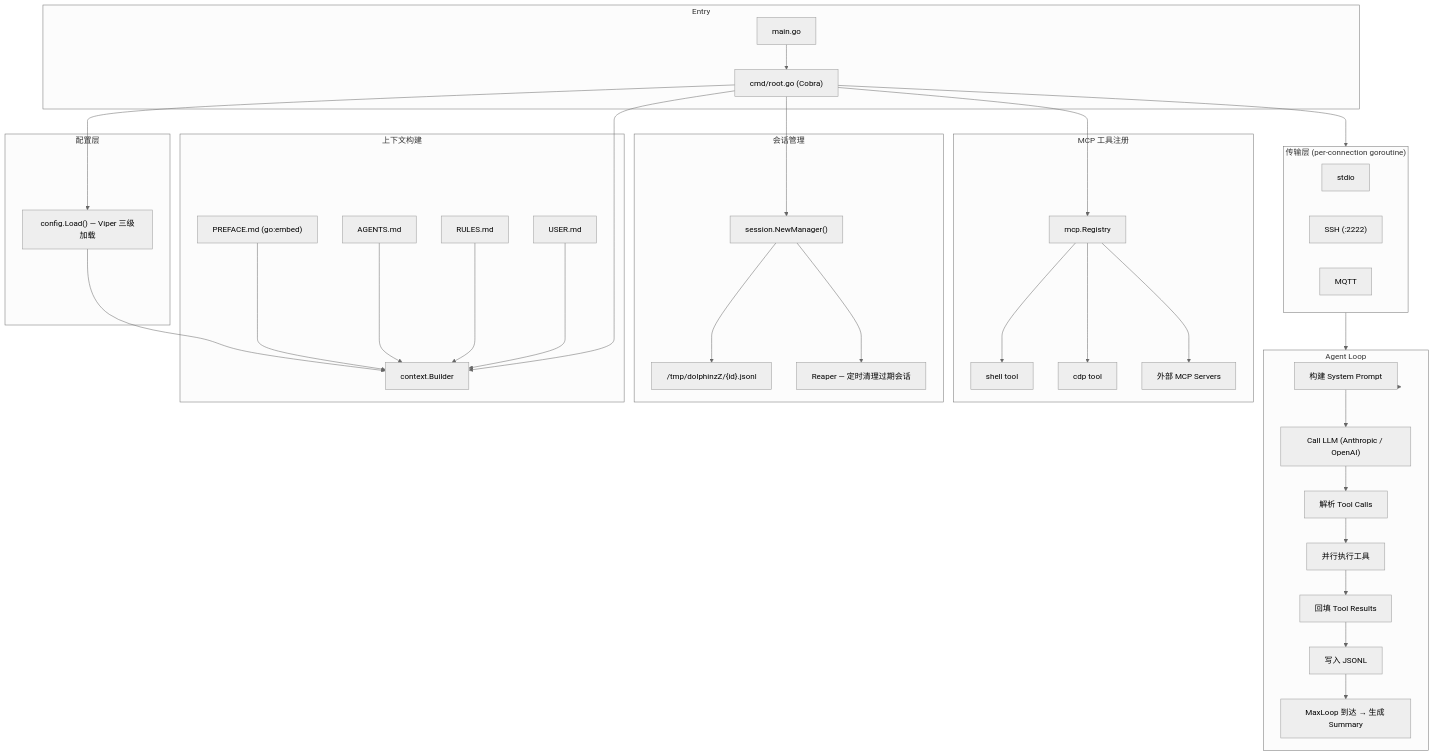
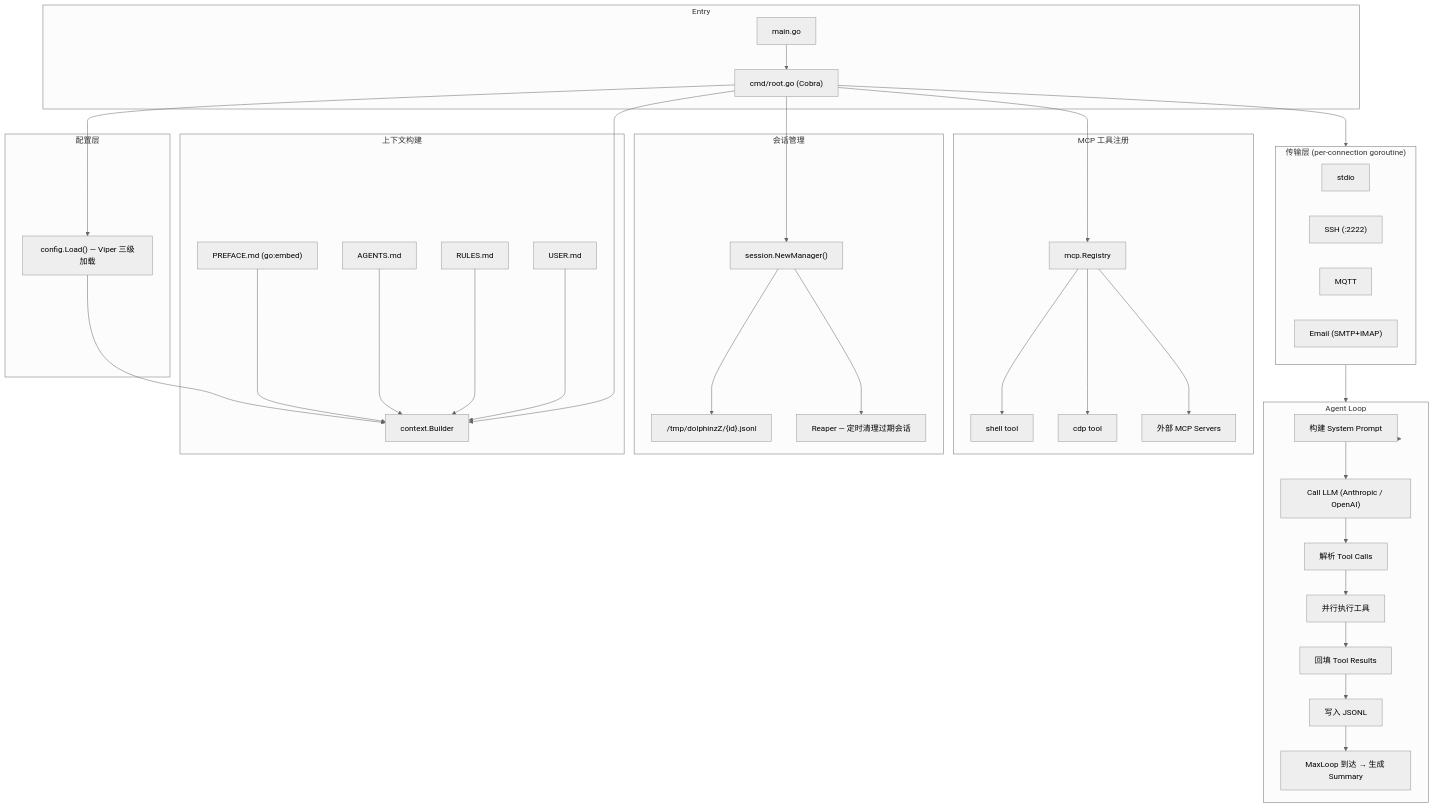
The first of 9 diagrams in DESIGN.md (dolphinZzv/dolphin-ai), drawn with Mermaid (neutral theme) before and after one commit. The commit also changed other lines of this file and 42 other files, not shown here.

````diff
--- a/DESIGN.md
+++ b/DESIGN.md
@@ -13,67 +13,68 @@
 ```mermaid
 flowchart TB
     subgraph Entry
         main["main.go"]
         cmd["cmd/root.go (Cobra)"]
     end
 
     subgraph Config["配置层"]
         config["config.Load() — Viper 三级加载"]
     end
 
     subgraph Context["上下文构建"]
         preface["PREFACE.md (go:embed)"]
         agentsMD["AGENTS.md"]
         rules["RULES.md"]
         user["USER.md"]
         builder["context.Builder"]
     end
 
     subgraph Transport["传输层 (per-connection goroutine)"]
         stdio["stdio"]
         ssh["SSH (:2222)"]
         mqtt["MQTT"]
+        email["Email (SMTP+IMAP)"]
     end
 
     subgraph Session["会话管理"]
         sessionMgr["session.NewManager()"]
         jsonl["/tmp/dolphinzZ/{id}.jsonl"]
         reaper["Reaper — 定时清理过期会话"]
     end
 
     subgraph MCP["MCP 工具注册"]
         registry["mcp.Registry"]
         shell["shell tool"]
         cdp["cdp tool"]
         ext["外部 MCP Servers"]
     end
 
     subgraph AgentLoop["Agent Loop"]
         buildPrompt["构建 System Prompt"]
         callLLM["Call LLM (Anthropic / OpenAI)"]
         parseTools["解析 Tool Calls"]
         execTools["并行执行工具"]
         fillBack["回填 Tool Results"]
         writeJSONL["写入 JSONL"]
         checkMax["MaxLoop 到达 → 生成 Summary"]
     end
 
     main --> cmd
     cmd --> config
     cmd --> builder
     cmd --> Transport
     cmd --> sessionMgr
     cmd --> registry
     config --> builder
     preface --> builder
     agentsMD --> builder
     rules --> builder
     user --> builder
     registry --> shell
     registry --> cdp
     registry --> ext
     sessionMgr --> jsonl
     sessionMgr --> reaper
     Transport --> AgentLoop
     AgentLoop --> buildPrompt --> callLLM --> parseTools --> execTools --> fillBack --> writeJSONL --> checkMax
 ```
````
